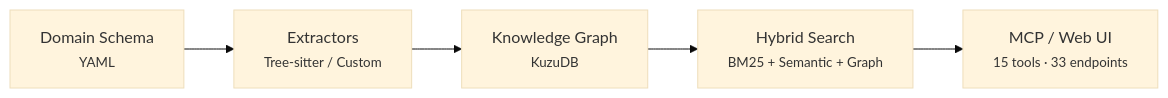
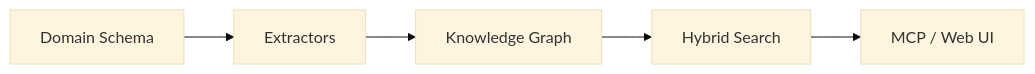
Before and after one commit to fbratten/intelligence-engine-showcase: the diagram in index.md, drawn with Mermaid (base theme). The commit also changed 1 other file, not shown here.

Commit message:
fix: remove small tags from Mermaid — text was microscopic, added details table

````diff
--- a/index.md
+++ b/index.md
@@ -33,7 +33,7 @@
 ```mermaid
 graph LR
-    A["Domain Schema<br/><small>YAML</small>"] --> B["Extractors<br/><small>Tree-sitter / Custom</small>"]
-    B --> C["Knowledge Graph<br/><small>KuzuDB</small>"]
-    C --> D["Hybrid Search<br/><small>BM25 + Semantic + Graph</small>"]
-    D --> E["MCP / Web UI<br/><small>15 tools · 33 endpoints</small>"]
+    A[Domain Schema] --> B[Extractors]
+    B --> C[Knowledge Graph]
+    C --> D[Hybrid Search]
+    D --> E[MCP / Web UI]
 ```
````
